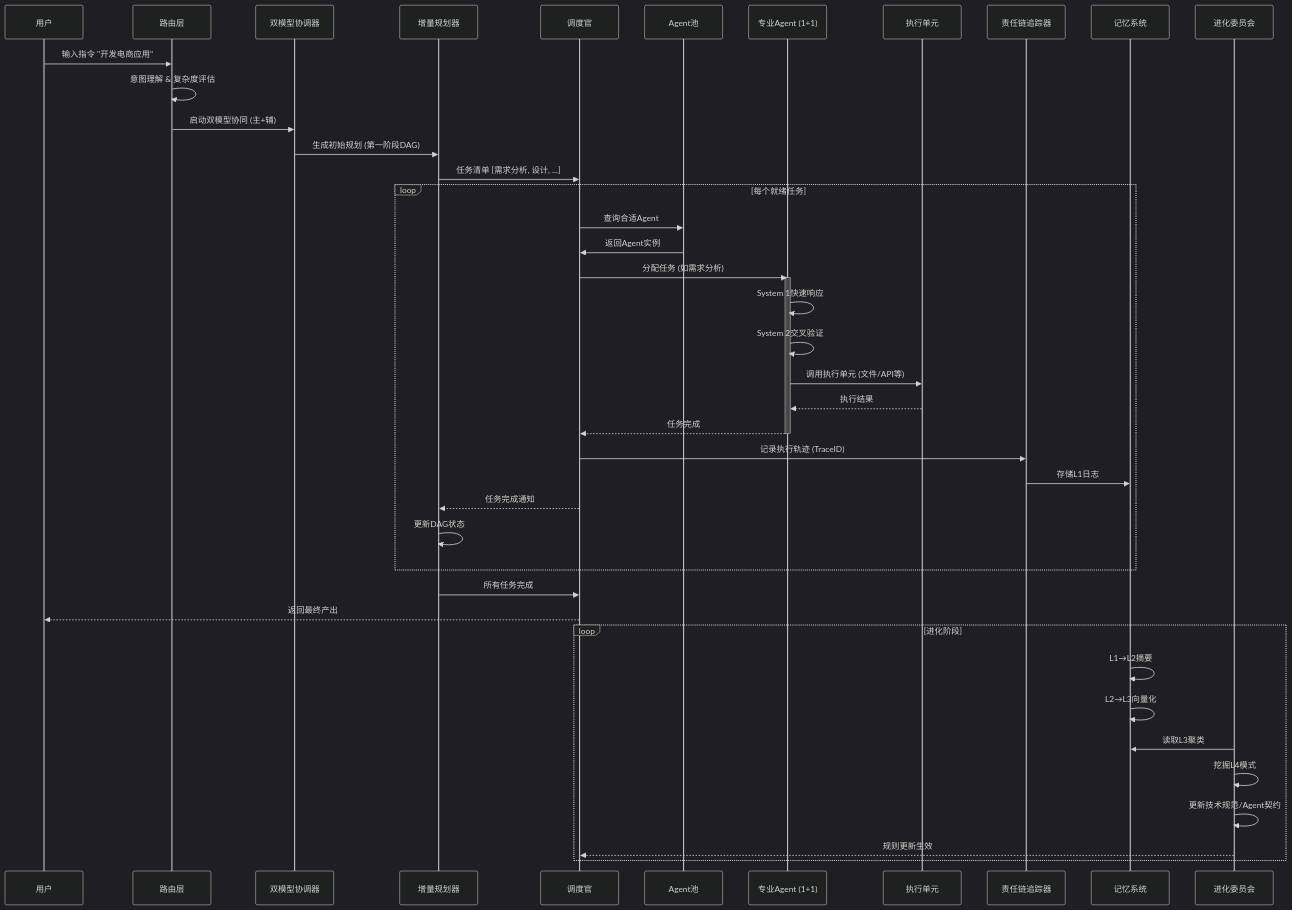
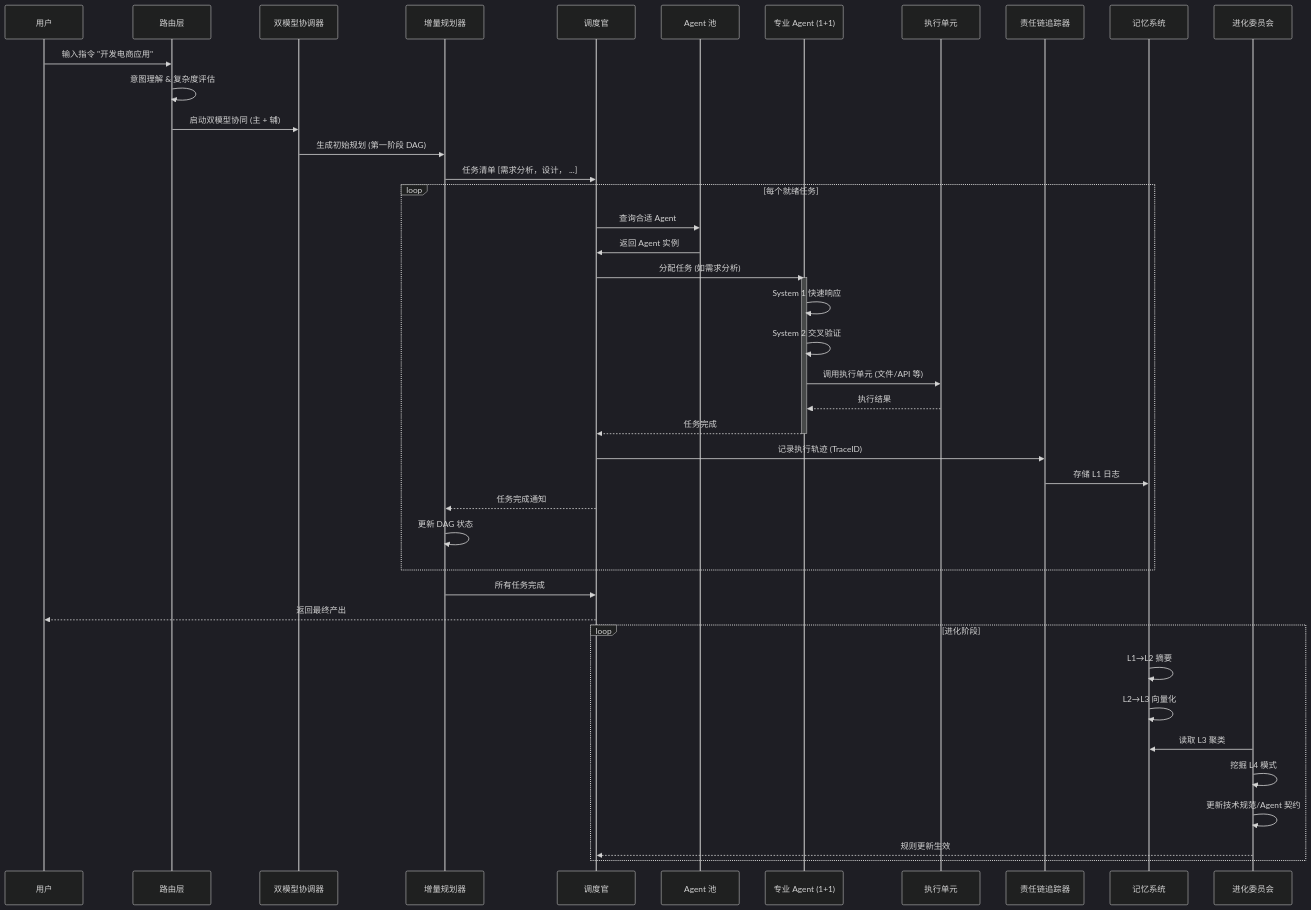
One commit to SpharxTeam/AgentOS changed the second of 3 diagrams in README.md. Above: the diagram before and after it, drawn with Mermaid (dark theme). The commit also changed other lines of this file, not shown here.

````diff
--- a/README.md
+++ b/README.md
@@ -81,50 +100,49 @@
 ```mermaid
 sequenceDiagram
     participant User as 用户
     participant Router as 路由层
     participant DualModel as 双模型协调器
     participant Planner as 增量规划器
     participant Dispatcher as 调度官
-    participant AgentPool as Agent池
-    participant Agent as 专业Agent (1+1)
+    participant AgentPool as Agent 池
+    participant Agent as 专业 Agent (1+1)
     participant Units as 执行单元
     participant Tracer as 责任链追踪器
     participant Memory as 记忆系统
     participant Committees as 进化委员会
 
     User->>Router: 输入指令 "开发电商应用"
     Router->>Router: 意图理解 & 复杂度评估
-    Router->>DualModel: 启动双模型协同 (主+辅)
-    DualModel->>Planner: 生成初始规划 (第一阶段DAG)
-    Planner->>Dispatcher: 任务清单 [需求分析, 设计, ...]
+    Router->>DualModel: 启动双模型协同 (主 + 辅)
+    DualModel->>Planner: 生成初始规划 (第一阶段 DAG)
+    Planner->>Dispatcher: 任务清单 [需求分析，设计， ...]
 
     loop 每个就绪任务
-        Dispatcher->>AgentPool: 查询合适Agent
-        AgentPool->>Dispatcher: 返回Agent实例
+        Dispatcher->>AgentPool: 查询合适 Agent
+        AgentPool->>Dispatcher: 返回 Agent 实例
         Dispatcher->>Agent: 分配任务 (如需求分析)
         activate Agent
-        Agent->>Agent: System 1快速响应
-        Agent->>Agent: System 2交叉验证
-        Agent->>Units: 调用执行单元 (文件/API等)
+        Agent->>Agent: System 1 快速响应
+        Agent->>Agent: System 2 交叉验证
+        Agent->>Units: 调用执行单元 (文件/API 等)
         Units-->>Agent: 执行结果
         Agent-->>Dispatcher: 任务完成
         deactivate Agent
         Dispatcher->>Tracer: 记录执行轨迹 (TraceID)
-        Tracer->>Memory: 存储L1日志
+        Tracer->>Memory: 存储 L1 日志
         Dispatcher-->>Planner: 任务完成通知
-        Planner->>Planner: 更新DAG状态
+        Planner->>Planner: 更新 DAG 状态
     end
 
     Planner->>Dispatcher: 所有任务完成
     Dispatcher-->>User: 返回最终产出
 
     loop 进化阶段
-        Memory->>Memory: L1→L2摘要
-        Memory->>Memory: L2→L3向量化
-        Committees->>Memory: 读取L3聚类
-        Committees->>Committees: 挖掘L4模式
-        Committees->>Committees: 更新技术规范/Agent契约
-        Committees-->>Dispatcher: 规则更新生效
+        Memory->>Memory: L1→L2 摘要
+        Memory->>Memory: L2→L3 向量化
+       Committees->>Memory: 读取 L3 聚类
+       Committees->>Committees: 挖掘 L4 模式
+       Committees->>Committees: 更新技术规范/Agent 契约
+       Committees-->>Dispatcher: 规则更新生效
     end
-
 ```
````
